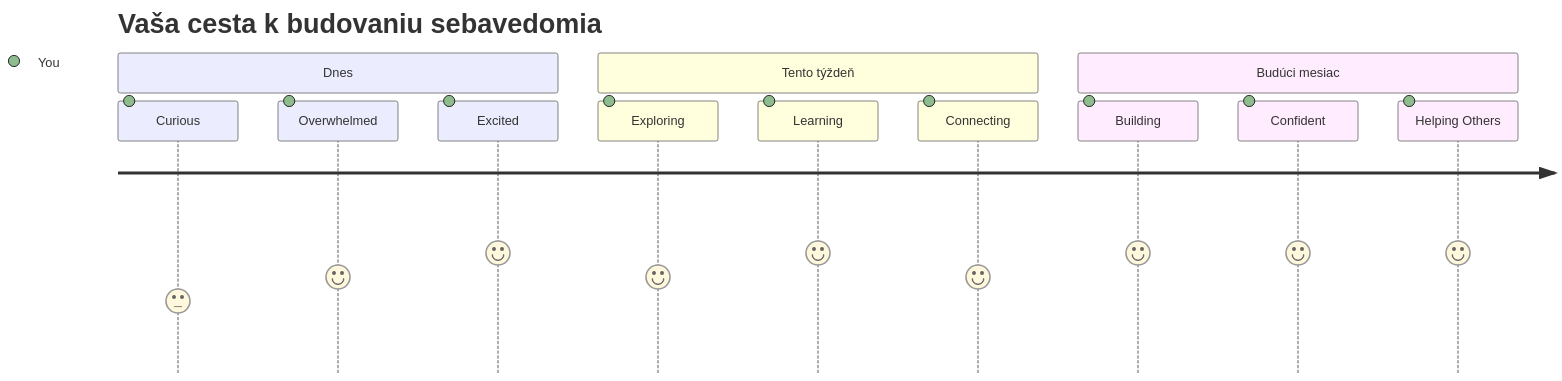
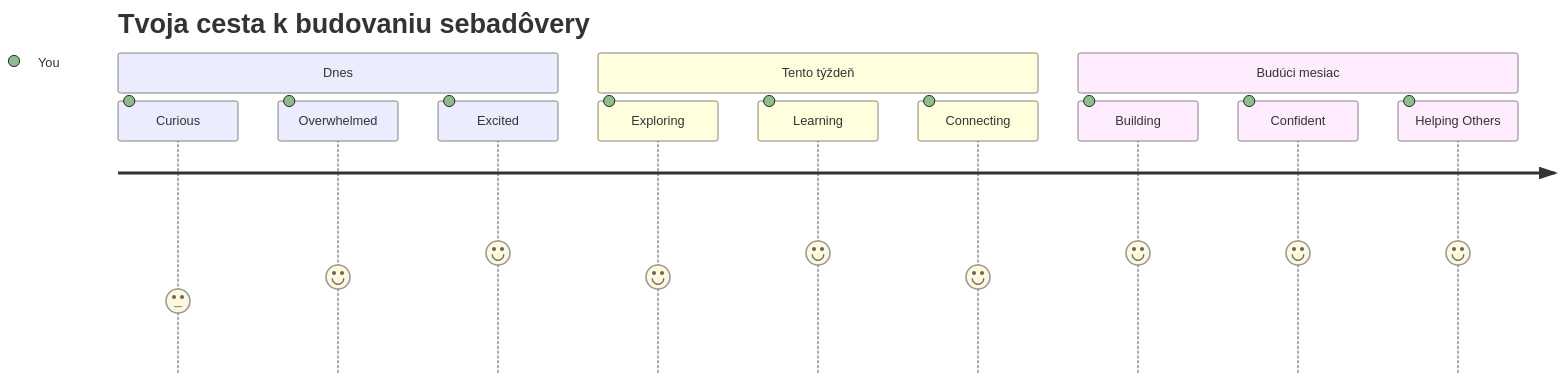
The seventh of 7 diagrams in translations/sk/1-getting-started-lessons/1-intro-to-programming-languages/README.md (microsoft/Web-Dev-For-Beginners), drawn with Mermaid before and after one commit. The commit also changed other lines of this file and 11 other files, not shown here.

````diff
--- a/translations/sk/1-getting-started-lessons/1-intro-to-programming-languages/README.md
+++ b/translations/sk/1-getting-started-lessons/1-intro-to-programming-languages/README.md
@@ -831,16 +831,16 @@
 ```mermaid
 journey
-    title Vaša cesta k budovaniu sebavedomia
+    title Tvoja cesta k budovaniu sebadôvery
     section Dnes
       Curious: 3: You
       Overwhelmed: 4: You
       Excited: 5: You
     section Tento týždeň
       Exploring: 4: You
       Learning: 5: You
       Connecting: 4: You
     section Budúci mesiac
       Building: 5: You
       Confident: 5: You
       Helping Others: 5: You
 ```
````
